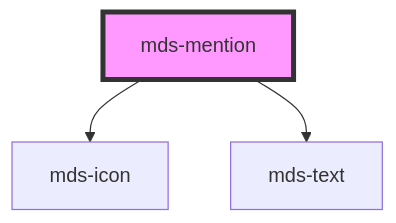
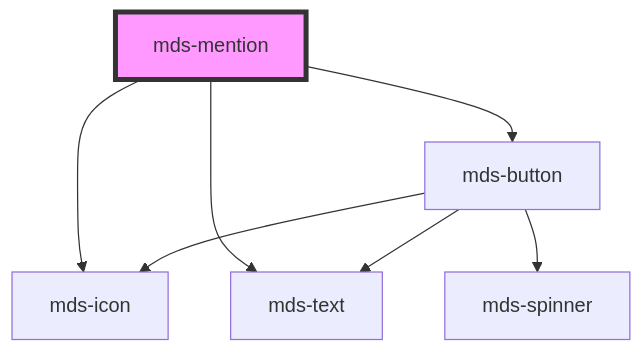
The diagram in projects/stencil/src/components/mds-mention/readme.md (magma-design-system/magma), drawn with Mermaid before and after one commit. The commit also changed other lines of this file and 3 other files, not shown here.

Commit message:
feat(mds-mention): add action-remove button with styling and update documentation

````diff
--- a/projects/stencil/src/components/mds-mention/readme.md
+++ b/projects/stencil/src/components/mds-mention/readme.md
@@ -32,6 +33,10 @@
 ```mermaid
 graph TD;
   mds-mention --> mds-icon
   mds-mention --> mds-text
+  mds-mention --> mds-button
+  mds-button --> mds-spinner
+  mds-button --> mds-icon
+  mds-button --> mds-text
   style mds-mention fill:#f9f,stroke:#333,stroke-width:4px
 ```
````
